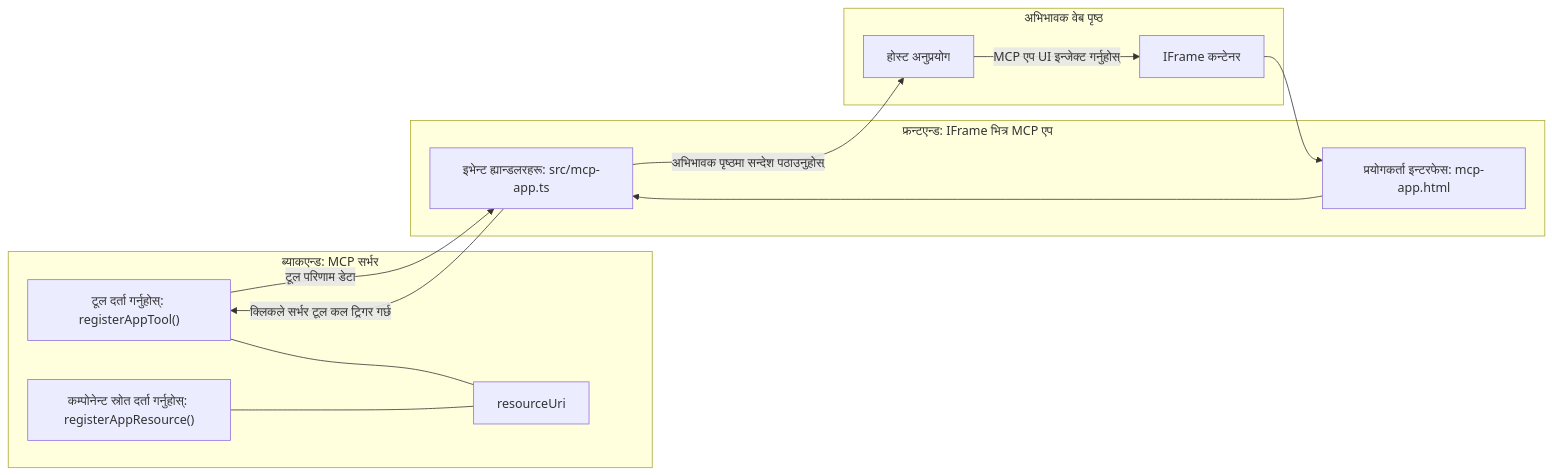
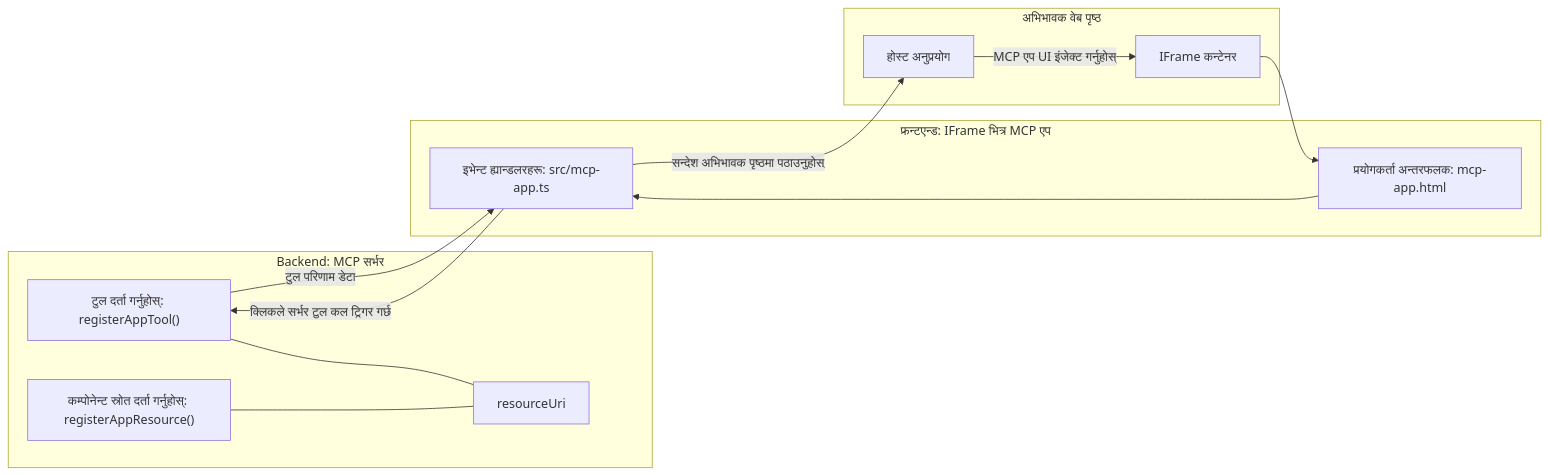
One commit to HIDORAKAI002/ai-workspace-archive changed the diagram in mcp_ecosystem__model_context_protocol/mcp_learning_resources/mcp-for-beginners/translations/ne/03-GettingStarted/15-mcp-apps/README.md. Above: the diagram before and after it, drawn with Mermaid. The commit also changed other lines of this file and 1160 other files, not shown here.

````diff
--- a/mcp_ecosystem__model_context_protocol/mcp_learning_resources/mcp-for-beginners/translations/ne/03-GettingStarted/15-mcp-apps/README.md
+++ b/mcp_ecosystem__model_context_protocol/mcp_learning_resources/mcp-for-beginners/translations/ne/03-GettingStarted/15-mcp-apps/README.md
@@ -32,27 +32,27 @@
 ```mermaid
 flowchart LR
-  subgraph Backend[ब्याकएन्ड: MCP सर्भर]
-    T["टूल दर्ता गर्नुहोस्: registerAppTool()"]
+  subgraph Backend[Backend: MCP सर्भर]
+    T["टुल दर्ता गर्नुहोस्: registerAppTool()"]
     C["कम्पोनेन्ट स्रोत दर्ता गर्नुहोस्: registerAppResource()"]
     U[resourceUri]
     T --- U
     C --- U
   end
 
   subgraph Parent[अभिभावक वेब पृष्ठ]
     H[होस्ट अनुप्रयोग]
     IFRAME[IFrame कन्टेनर]
-    H -->|MCP एप UI इन्जेक्ट गर्नुहोस्| IFRAME
+    H -->|MCP एप UI इंजेक्ट गर्नुहोस्| IFRAME
   end
 
   subgraph Frontend[फ्रन्टएन्ड: IFrame भित्र MCP एप]
-    UI["प्रयोगकर्ता इन्टरफेस: mcp-app.html"]
+    UI["प्रयोगकर्ता अन्तरफलक: mcp-app.html"]
     EH["इभेन्ट ह्यान्डलरहरू: src/mcp-app.ts"]
     UI --> EH
   end
 
   IFRAME --> UI
-  EH -->|क्लिकले सर्भर टूल कल ट्रिगर गर्छ| T
-  T -->|टूल परिणाम डेटा| EH
-  EH -->|अभिभावक पृष्ठमा सन्देश पठाउनुहोस्| H
+  EH -->|क्लिकले सर्भर टुल कल ट्रिगर गर्छ| T
+  T -->|टुल परिणाम डेटा| EH
+  EH -->|सन्देश अभिभावक पृष्ठमा पठाउनुहोस्| H
 ```
````
